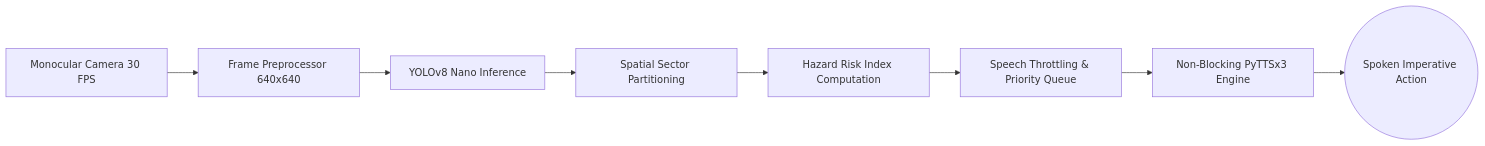
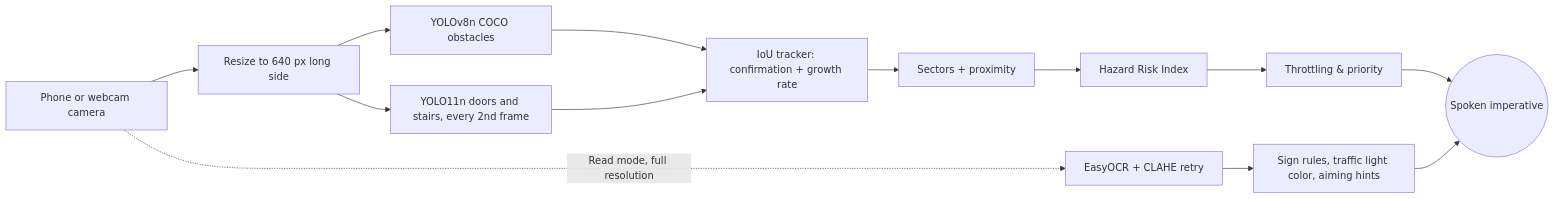
One commit to rajsingh1301/mini-project changed the diagram in paper/research_paper_draft.md. Above: the diagram before and after it, drawn with Mermaid. The commit also changed other lines of this file and 46 other files, not shown here.

First line of the commit message:
feat: React frontend, door/stairs model, tracker and sign reading

````diff
--- a/paper/research_paper_draft.md
+++ b/paper/research_paper_draft.md
@@ -55,10 +56,15 @@
 ```mermaid
 flowchart LR
-    A[Monocular Camera 30 FPS] --> B[Frame Preprocessor 640x640]
-    B --> C[YOLOv8 Nano Inference]
-    C --> D[Spatial Sector Partitioning]
-    D --> E[Hazard Risk Index Computation]
-    E --> F[Speech Throttling & Priority Queue]
-    F --> G[Non-Blocking PyTTSx3 Engine]
-    G --> H((Spoken Imperative Action))
+    A[Phone or webcam camera] --> B[Resize to 640 px long side]
+    B --> C1[YOLOv8n COCO obstacles]
+    B --> C2[YOLO11n doors and stairs, every 2nd frame]
+    C1 --> T[IoU tracker: confirmation + growth rate]
+    C2 --> T
+    T --> D[Sectors + proximity]
+    D --> E[Hazard Risk Index]
+    E --> F[Throttling & priority]
+    F --> G((Spoken imperative))
+    A -. Read mode, full resolution .-> O[EasyOCR + CLAHE retry]
+    O --> S[Sign rules, traffic light color, aiming hints]
+    S --> G
 ```
````
